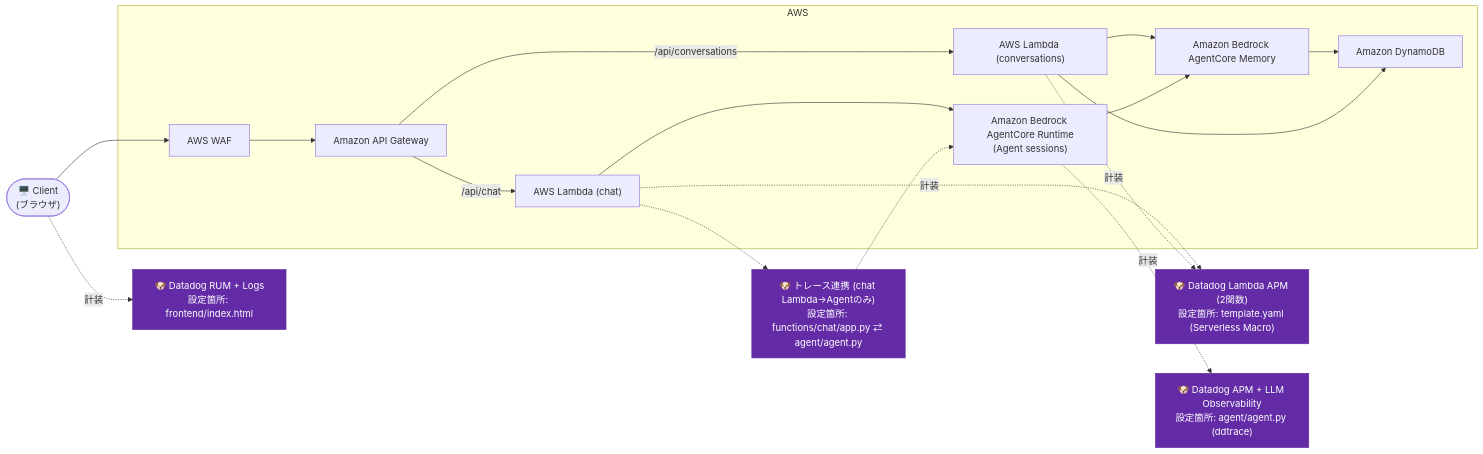
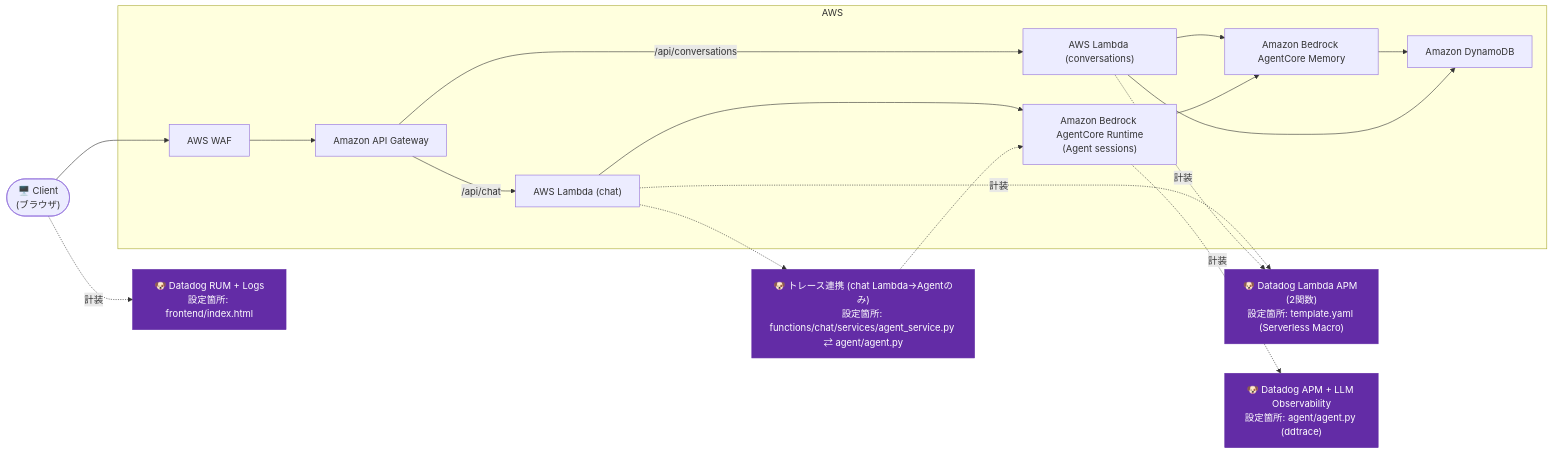
The diagram in iteration-3/README.md (taka2noda/sample-ai-agent-architectures-agentcore), drawn with Mermaid before and after one commit. The commit also changed 2 other files, not shown here.

Commit message:
Fix README review findings: wrong file paths and terminology consistency
- iteration-2/README.md: the trace-inject code lives directly in
  lambda/app.py, not lambda/services/agent_service.py (that path only
  exists in iteration-3). Fixed two references; the Architecture diagram
  already had the correct path, so this also resolves an in-file
  inconsistency.
- iteration-3/README.md: Architecture diagram's トレース連携 node pointed at
  functions/chat/app.py, but the actual inject/extract code is in
  functions/chat/services/agent_service.py (matches the prose section).
- Root README.md: added the three iteration-1-* variant directories to
  リポジトリ構成, and normalized the イテレーション一覧 bullet label from
  "Datadog" to "Datadog設定" to match the section 9 heading.

````diff
--- a/iteration-3/README.md
+++ b/iteration-3/README.md
@@ -19,37 +19,37 @@
 ```mermaid
 flowchart LR
     Client(["🖥️ Client<br/>(ブラウザ)"])
     subgraph AWS["AWS"]
         WAF["AWS WAF"]
         APIGW["Amazon API Gateway"]
         LambdaChat["AWS Lambda (chat)"]
         LambdaConv["AWS Lambda (conversations)"]
         Agent["Amazon Bedrock AgentCore Runtime<br/>(Agent sessions)"]
         Memory["Amazon Bedrock AgentCore Memory"]
         Dynamo["Amazon DynamoDB"]
     end
 
     Client --> WAF --> APIGW
     APIGW -- "/api/chat" --> LambdaChat --> Agent
     APIGW -- "/api/conversations" --> LambdaConv --> Memory
     Agent --> Memory
     Memory --> Dynamo
     LambdaConv --> Dynamo
 
     RUM["🐶 Datadog RUM + Logs<br/>設定箇所: frontend/index.html"]
     LambdaAPM["🐶 Datadog Lambda APM (2関数)<br/>設定箇所: template.yaml (Serverless Macro)"]
     APM["🐶 Datadog APM + LLM Observability<br/>設定箇所: agent/agent.py (ddtrace)"]
-    Corr["🐶 トレース連携 (chat Lambda→Agentのみ)<br/>設定箇所: functions/chat/app.py ⇄ agent/agent.py"]
+    Corr["🐶 トレース連携 (chat Lambda→Agentのみ)<br/>設定箇所: functions/chat/services/agent_service.py ⇄ agent/agent.py"]
 
     Client -. 計装 .-> RUM
     LambdaChat -. 計装 .-> LambdaAPM
     LambdaConv -. 計装 .-> LambdaAPM
     Agent -. 計装 .-> APM
     LambdaChat -.-> Corr
     Corr -.-> Agent
 
     style RUM fill:#632CA6,stroke:#632CA6,color:#fff
     style LambdaAPM fill:#632CA6,stroke:#632CA6,color:#fff
     style APM fill:#632CA6,stroke:#632CA6,color:#fff
     style Corr fill:#632CA6,stroke:#632CA6,color:#fff
 ```
````
